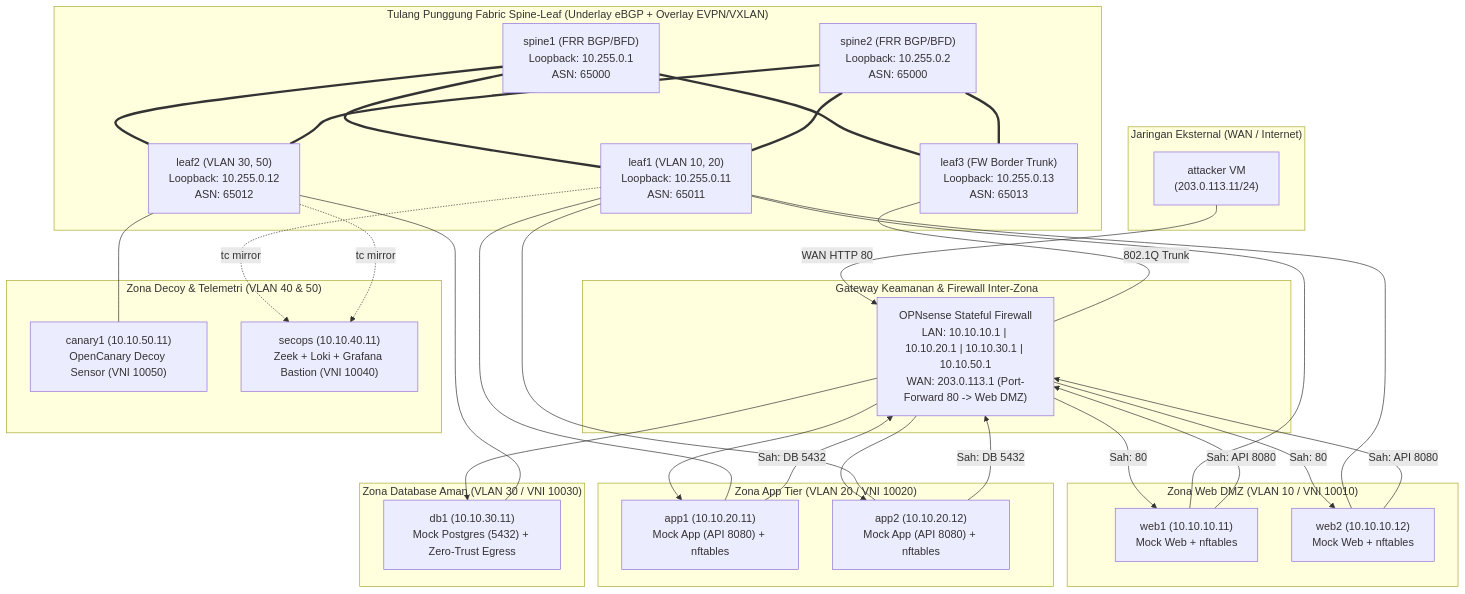
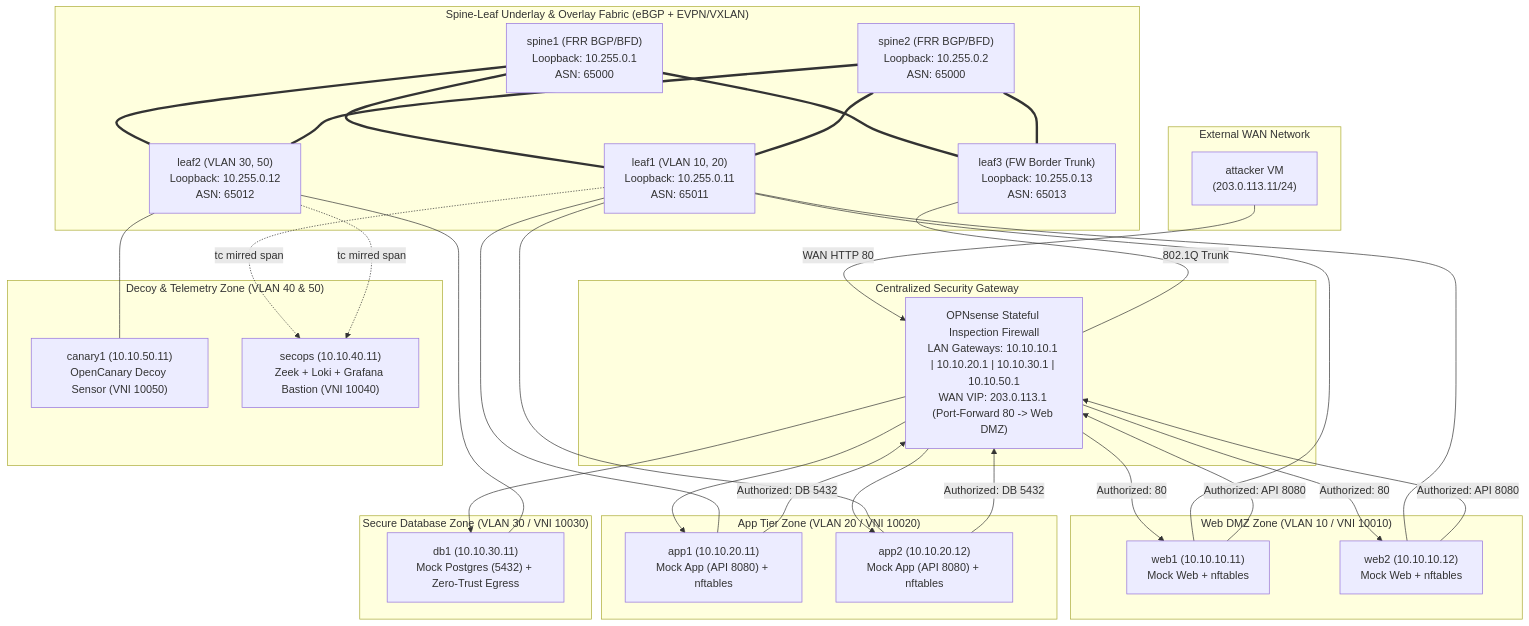
Before and after one commit to nael0407/DataCenter_Network_MicroSegmentation_-_Lateral_Movement_Hunting: the diagram in README.md, drawn with Mermaid. The commit also changed other lines of this file and 1 other file, not shown here.

````diff
--- a/README.md
+++ b/README.md
@@ -46,50 +39,50 @@
 ```mermaid
 flowchart TD
-    subgraph External["Jaringan Eksternal (WAN / Internet)"]
+    subgraph External["External WAN Network"]
         Attacker["attacker VM<br/>(203.0.113.11/24)"]
     end
 
-    subgraph Fabric["Tulang Punggung Fabric Spine-Leaf (Underlay eBGP + Overlay EVPN/VXLAN)"]
+    subgraph Fabric["Spine-Leaf Underlay & Overlay Fabric (eBGP + EVPN/VXLAN)"]
         Spine1["spine1 (FRR BGP/BFD)<br/>Loopback: 10.255.0.1<br/>ASN: 65000"]
         Spine2["spine2 (FRR BGP/BFD)<br/>Loopback: 10.255.0.2<br/>ASN: 65000"]
         Leaf1["leaf1 (VLAN 10, 20)<br/>Loopback: 10.255.0.11<br/>ASN: 65011"]
         Leaf2["leaf2 (VLAN 30, 50)<br/>Loopback: 10.255.0.12<br/>ASN: 65012"]
         Leaf3["leaf3 (FW Border Trunk)<br/>Loopback: 10.255.0.13<br/>ASN: 65013"]
 
         Spine1 === Leaf1 & Leaf2 & Leaf3
         Spine2 === Leaf1 & Leaf2 & Leaf3
     end
 
-    subgraph SecurityGateway["Gateway Keamanan & Firewall Inter-Zona"]
-        FW["OPNsense Stateful Firewall<br/>LAN: 10.10.10.1 | 10.10.20.1 | 10.10.30.1 | 10.10.50.1<br/>WAN: 203.0.113.1 (Port-Forward 80 -> Web DMZ)"]
+    subgraph SecurityGateway["Centralized Security Gateway"]
+        FW["OPNsense Stateful Inspection Firewall<br/>LAN Gateways: 10.10.10.1 | 10.10.20.1 | 10.10.30.1 | 10.10.50.1<br/>WAN VIP: 203.0.113.1 (Port-Forward 80 -> Web DMZ)"]
     end
 
-    subgraph WebDMZ["Zona Web DMZ (VLAN 10 / VNI 10010)"]
+    subgraph WebDMZ["Web DMZ Zone (VLAN 10 / VNI 10010)"]
         Web1["web1 (10.10.10.11)<br/>Mock Web + nftables"]
         Web2["web2 (10.10.10.12)<br/>Mock Web + nftables"]
     end
 
-    subgraph AppTier["Zona App Tier (VLAN 20 / VNI 10020)"]
+    subgraph AppTier["App Tier Zone (VLAN 20 / VNI 10020)"]
         App1["app1 (10.10.20.11)<br/>Mock App (API 8080) + nftables"]
         App2["app2 (10.10.20.12)<br/>Mock App (API 8080) + nftables"]
     end
 
-    subgraph DBTier["Zona Database Aman (VLAN 30 / VNI 10030)"]
+    subgraph DBTier["Secure Database Zone (VLAN 30 / VNI 10030)"]
         DB1["db1 (10.10.30.11)<br/>Mock Postgres (5432) + Zero-Trust Egress"]
     end
 
-    subgraph DecoyZone["Zona Decoy & Telemetri (VLAN 40 & 50)"]
+    subgraph DecoyZone["Decoy & Telemetry Zone (VLAN 40 & 50)"]
         Canary1["canary1 (10.10.50.11)<br/>OpenCanary Decoy Sensor (VNI 10050)"]
         SecOps["secops (10.10.40.11)<br/>Zeek + Loki + Grafana Bastion (VNI 10040)"]
     end
 
     Attacker -->|WAN HTTP 80| FW
-    FW -->|Sah: 80| Web1 & Web2
-    Web1 & Web2 -->|Sah: API 8080| FW --> App1 & App2
-    App1 & App2 -->|Sah: DB 5432| FW --> DB1
+    FW -->|Authorized: 80| Web1 & Web2
+    Web1 & Web2 -->|Authorized: API 8080| FW --> App1 & App2
+    App1 & App2 -->|Authorized: DB 5432| FW --> DB1
     Leaf3 ---|802.1Q Trunk| FW
 
     Leaf1 --- Web1 & Web2 & App1 & App2
     Leaf2 --- DB1 & Canary1
-    Leaf1 & Leaf2 -.->|tc mirror| SecOps
+    Leaf1 & Leaf2 -.->|tc mirred span| SecOps
 ```
````
